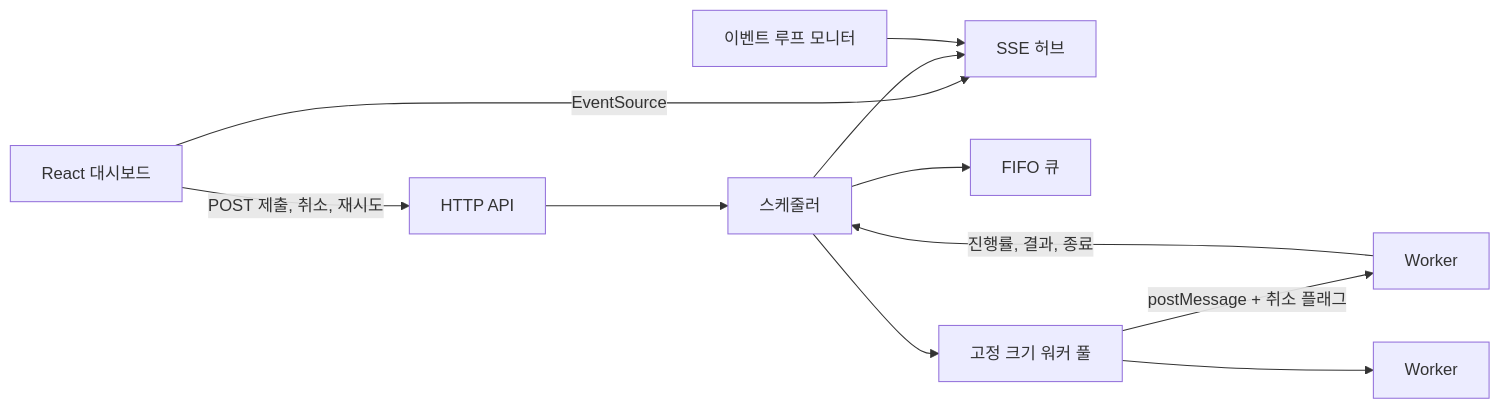
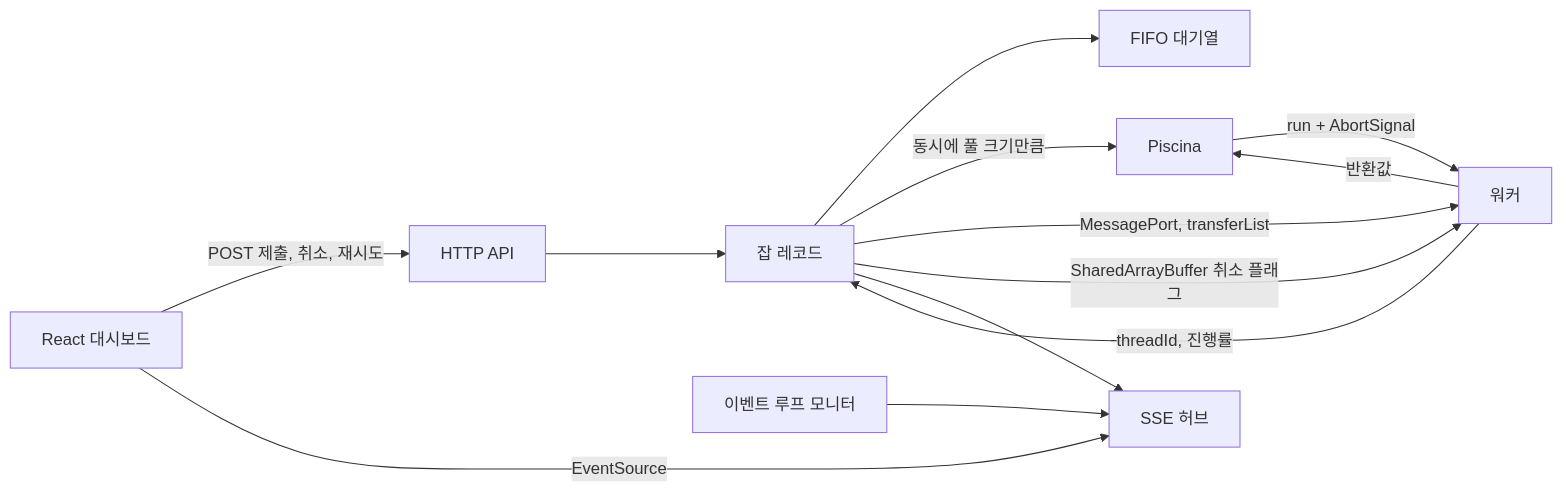
The first of 3 diagrams in README.md (santarosalia/worker-job-dashboard), drawn with Mermaid before and after one commit. The commit also changed other lines of this file and 12 other files, not shown here.

First line of the commit message:
Replace the hand-rolled worker pool with Piscina.

````diff
--- a/README.md
+++ b/README.md
@@ -41,13 +43,15 @@
 ```mermaid
 flowchart LR
   UI["React 대시보드"] -->|POST 제출, 취소, 재시도| API["HTTP API"]
   UI -->|EventSource| SSE["SSE 허브"]
-  API --> Sched["스케줄러"]
-  Sched --> Q["FIFO 큐"]
-  Sched --> Pool["고정 크기 워커 풀"]
-  Pool -->|postMessage + 취소 플래그| W1["Worker"]
-  Pool --> W2["Worker"]
-  W1 -->|진행률, 결과, 종료| Sched
-  Sched --> SSE
+  API --> Rec["잡 레코드"]
+  Rec --> Q["FIFO 대기열"]
+  Rec -->|동시에 풀 크기만큼| Piscina["Piscina"]
+  Piscina -->|run + AbortSignal| W["워커"]
+  Rec -->|MessagePort, transferList| W
+  Rec -->|SharedArrayBuffer 취소 플래그| W
+  W -->|threadId, 진행률| Rec
+  W -->|반환값| Piscina
+  Rec --> SSE
   Lag["이벤트 루프 모니터"] --> SSE
 ```
````
